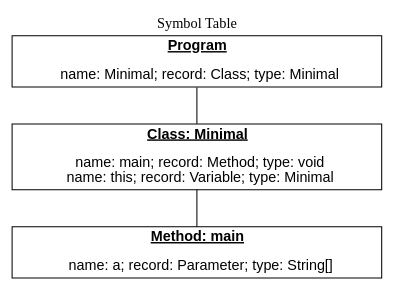
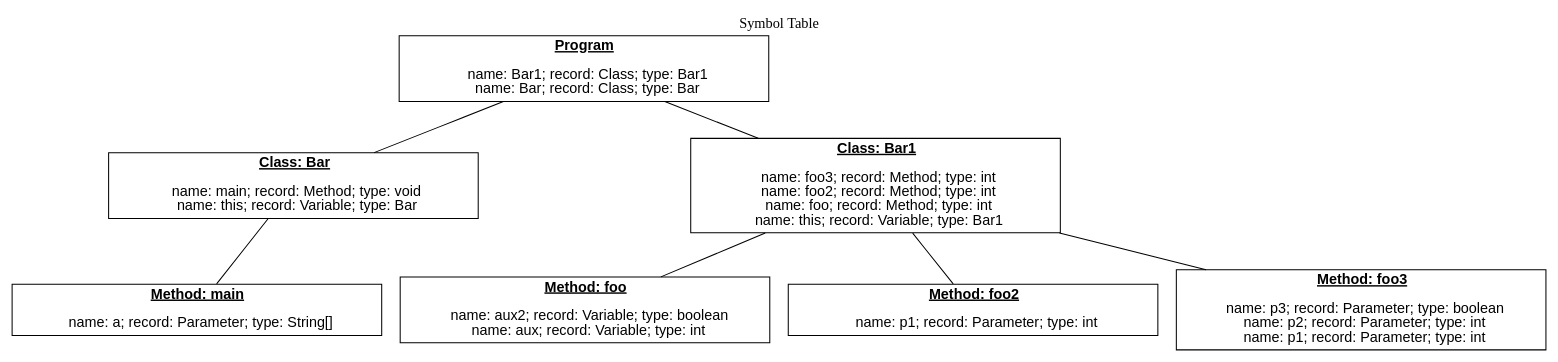
One commit to alexyhb/Compiler3IR changed the diagram in st.dot. Above: the diagram before and after it, drawn with Graphviz. The commit also changed 94 other files, not shown here.

```diff
--- a/st.dot
+++ b/st.dot
@@ -1,19 +1,42 @@
 graph {
 label="Symbol Table";
 labelloc="t";
 
 node [shape=rect, fontname=Arial, width=5];
 
 n0 [label=<<U><B>Program</B></U><BR/><BR/>
-name: Minimal; record: Class; type: Minimal<BR/>
+name: Bar1; record: Class; type: Bar1<BR/>
+name: Bar; record: Class; type: Bar<BR/>
 >];
 n0 -- n1;
-n1 [label=<<U><B>Class: Minimal</B></U><BR/><BR/>
+n1 [label=<<U><B>Class: Bar</B></U><BR/><BR/>
 name: main; record: Method; type: void<BR/>
-name: this; record: Variable; type: Minimal<BR/>
+name: this; record: Variable; type: Bar<BR/>
 >];
 n1 -- n2;
 n2 [label=<<U><B>Method: main</B></U><BR/><BR/>
 name: a; record: Parameter; type: String[]<BR/>
 >];
+n0 -- n3;
+n3 [label=<<U><B>Class: Bar1</B></U><BR/><BR/>
+name: foo3; record: Method; type: int<BR/>
+name: foo2; record: Method; type: int<BR/>
+name: foo; record: Method; type: int<BR/>
+name: this; record: Variable; type: Bar1<BR/>
+>];
+n3 -- n4;
+n4 [label=<<U><B>Method: foo</B></U><BR/><BR/>
+name: aux2; record: Variable; type: boolean<BR/>
+name: aux; record: Variable; type: int<BR/>
+>];
+n3 -- n5;
+n5 [label=<<U><B>Method: foo2</B></U><BR/><BR/>
+name: p1; record: Parameter; type: int<BR/>
+>];
+n3 -- n6;
+n6 [label=<<U><B>Method: foo3</B></U><BR/><BR/>
+name: p3; record: Parameter; type: boolean<BR/>
+name: p2; record: Parameter; type: int<BR/>
+name: p1; record: Parameter; type: int<BR/>
+>];
 }
```
